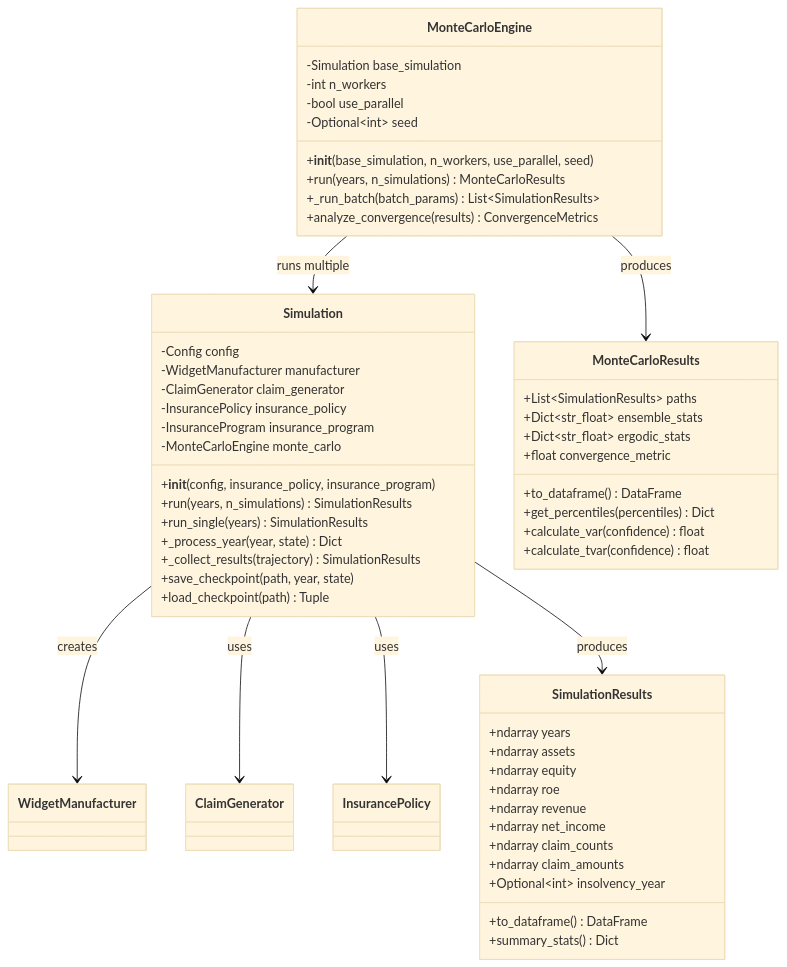
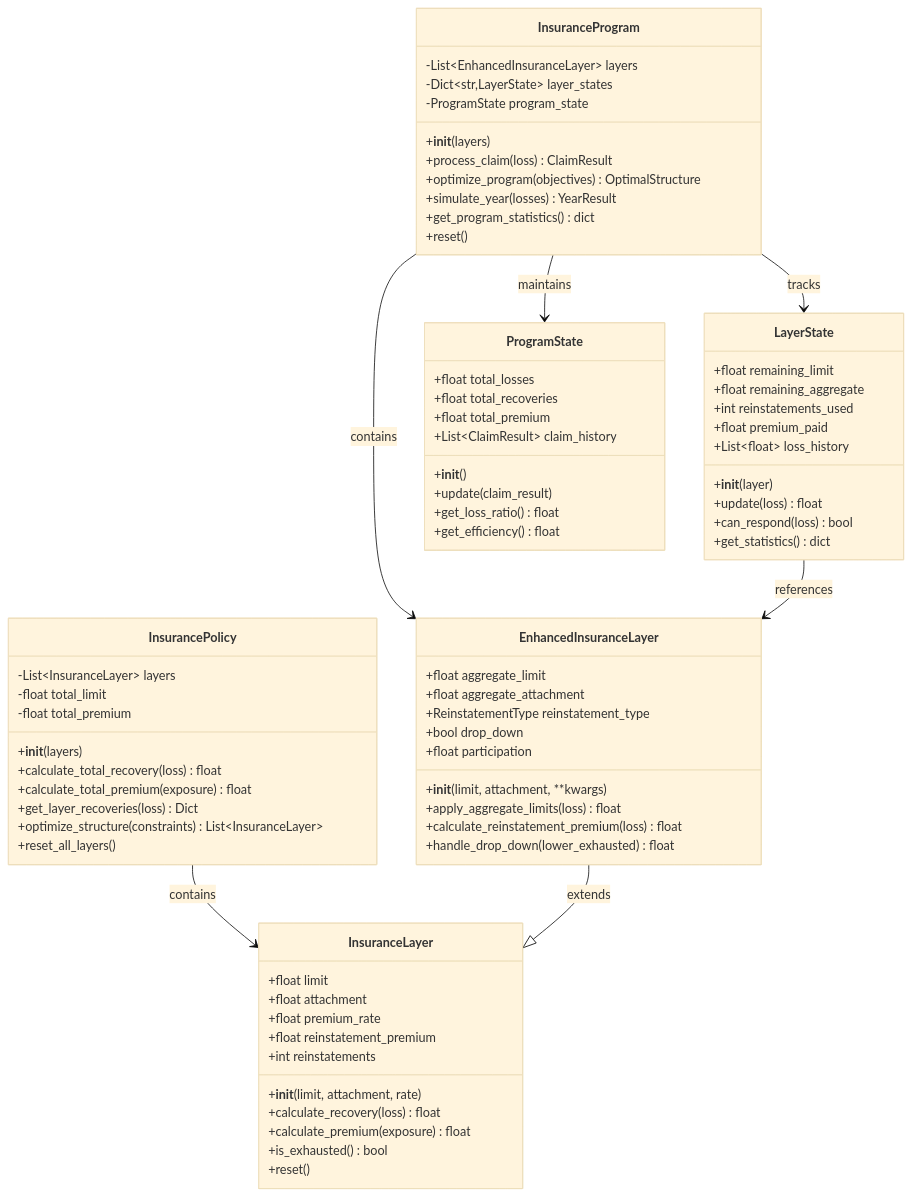
The second of 4 diagrams in ergodic_insurance/docs/architecture/class_diagrams/core_classes.md (AlexFiliakov/Ergodic-Insurance-Limits), drawn with Mermaid (base theme) before and after one commit. The commit also changed other lines of this file and 24 other files, not shown here.

First line of the commit message:
Refactor and enhance statistical testing and summary statistics

````diff
--- a/ergodic_insurance/docs/architecture/class_diagrams/core_classes.md
+++ b/ergodic_insurance/docs/architecture/class_diagrams/core_classes.md
@@ -85,61 +118,81 @@
 ```mermaid
 classDiagram
-    class Simulation {
-        -Config config
-        -WidgetManufacturer manufacturer
-        -ClaimGenerator claim_generator
-        -InsurancePolicy insurance_policy
-        -InsuranceProgram insurance_program
-        -MonteCarloEngine monte_carlo
-        +__init__(config, insurance_policy, insurance_program)
-        +run(years, n_simulations) SimulationResults
-        +run_single(years) SimulationResults
-        +_process_year(year, state) Dict
-        +_collect_results(trajectory) SimulationResults
-        +save_checkpoint(path, year, state)
-        +load_checkpoint(path) Tuple
+    class InsuranceLayer {
+        +float limit
+        +float attachment
+        +float premium_rate
+        +float reinstatement_premium
+        +int reinstatements
+        +__init__(limit, attachment, rate)
+        +calculate_recovery(loss) float
+        +calculate_premium(exposure) float
+        +is_exhausted() bool
+        +reset()
     }
 
-    class SimulationResults {
-        +ndarray years
-        +ndarray assets
-        +ndarray equity
-        +ndarray roe
-        +ndarray revenue
-        +ndarray net_income
-        +ndarray claim_counts
-        +ndarray claim_amounts
-        +Optional~int~ insolvency_year
-        +to_dataframe() DataFrame
-        +summary_stats() Dict
+    class InsurancePolicy {
+        -List~InsuranceLayer~ layers
+        -float total_limit
+        -float total_premium
+        +__init__(layers)
+        +calculate_total_recovery(loss) float
+        +calculate_total_premium(exposure) float
+        +get_layer_recoveries(loss) Dict
+        +optimize_structure(constraints) List~InsuranceLayer~
+        +reset_all_layers()
     }
 
-    class MonteCarloEngine {
-        -Simulation base_simulation
-        -int n_workers
-        -bool use_parallel
-        -Optional~int~ seed
-        +__init__(base_simulation, n_workers, use_parallel, seed)
-        +run(years, n_simulations) MonteCarloResults
-        +_run_batch(batch_params) List~SimulationResults~
-        +analyze_convergence(results) ConvergenceMetrics
+    class EnhancedInsuranceLayer {
+        +float aggregate_limit
+        +float aggregate_attachment
+        +ReinstatementType reinstatement_type
+        +bool drop_down
+        +float participation
+        +__init__(limit, attachment, **kwargs)
+        +apply_aggregate_limits(loss) float
+        +calculate_reinstatement_premium(loss) float
+        +handle_drop_down(lower_exhausted) float
     }
 
-    class MonteCarloResults {
-        +List~SimulationResults~ paths
-        +Dict~str_float~ ensemble_stats
-        +Dict~str_float~ ergodic_stats
-        +float convergence_metric
-        +to_dataframe() DataFrame
-        +get_percentiles(percentiles) Dict
-        +calculate_var(confidence) float
-        +calculate_tvar(confidence) float
+    class LayerState {
+        +float remaining_limit
+        +float remaining_aggregate
+        +int reinstatements_used
+        +float premium_paid
+        +List~float~ loss_history
+        +__init__(layer)
+        +update(loss) float
+        +can_respond(loss) bool
+        +get_statistics() dict
     }
 
-    Simulation --> WidgetManufacturer: creates
-    Simulation --> ClaimGenerator: uses
-    Simulation --> InsurancePolicy: uses
-    Simulation --> SimulationResults: produces
-    MonteCarloEngine --> Simulation: runs multiple
-    MonteCarloEngine --> MonteCarloResults: produces
+    class InsuranceProgram {
+        -List~EnhancedInsuranceLayer~ layers
+        -Dict~str,LayerState~ layer_states
+        -ProgramState program_state
+        +__init__(layers)
+        +process_claim(loss) ClaimResult
+        +optimize_program(objectives) OptimalStructure
+        +simulate_year(losses) YearResult
+        +get_program_statistics() dict
+        +reset()
+    }
+
+    class ProgramState {
+        +float total_losses
+        +float total_recoveries
+        +float total_premium
+        +List~ClaimResult~ claim_history
+        +__init__()
+        +update(claim_result)
+        +get_loss_ratio() float
+        +get_efficiency() float
+    }
+
+    InsurancePolicy --> InsuranceLayer : contains
+    InsuranceProgram --> EnhancedInsuranceLayer : contains
+    InsuranceProgram --> LayerState : tracks
+    InsuranceProgram --> ProgramState : maintains
+    EnhancedInsuranceLayer --|> InsuranceLayer : extends
+    LayerState --> EnhancedInsuranceLayer : references
 ```
````
